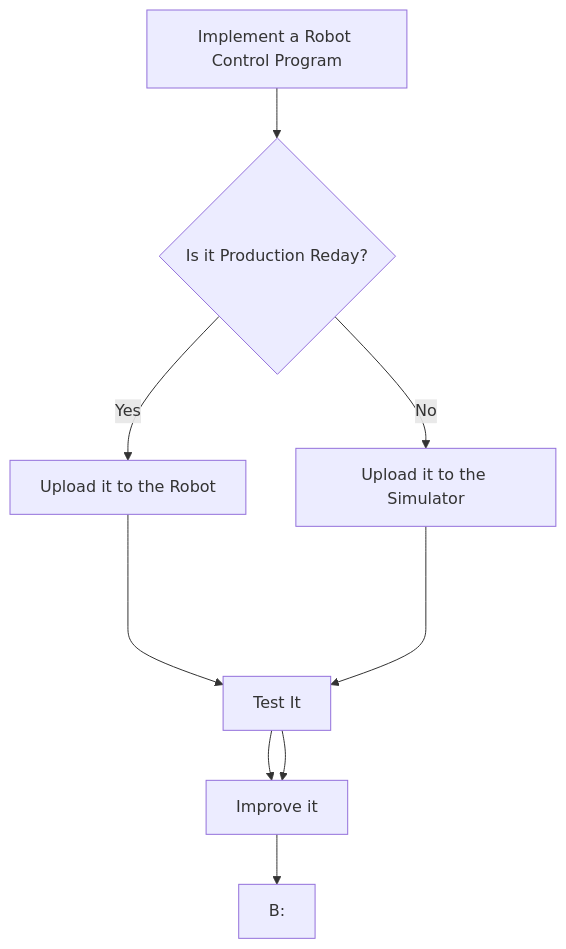
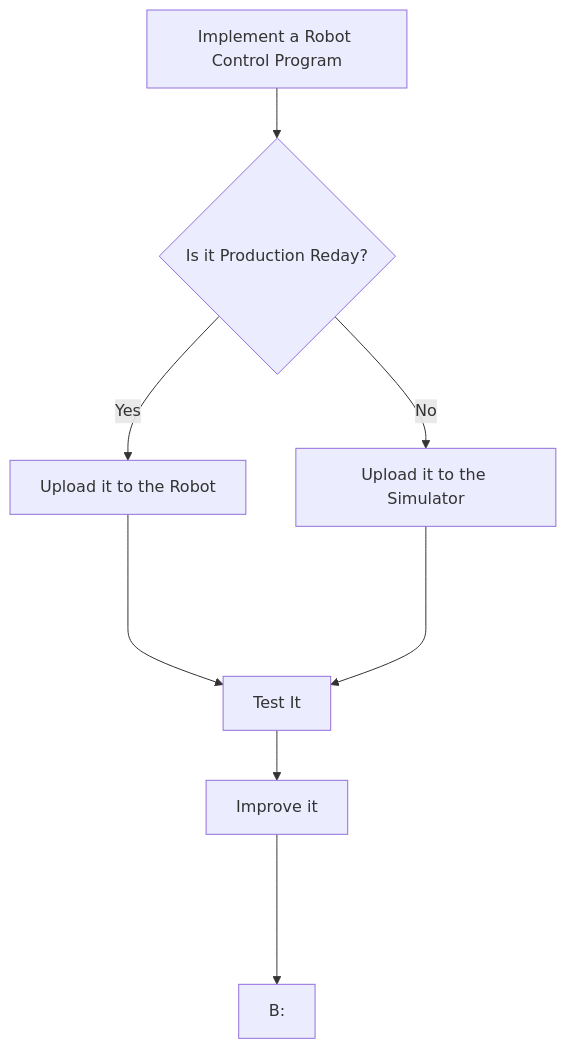
One commit to SAHOWI/learning-robotics changed the diagram in README.md. Above: the diagram before and after it, drawn with Mermaid.

Commit message:
Loop (2nd try)

````diff
--- a/README.md
+++ b/README.md
@@ -7,9 +7,9 @@
 ```mermaid
   flowchart TD;
   A[Implement a Robot Control Program] --> B{Is it Production Reday?};
   B -- Yes --> C[Upload it to the Robot];
   B -- No --> D[Upload it to the Simulator]
-  C ----> E[Test It] --> F;
+  C ----> E[Test It];
   D ----> E[Test It] --> F;
-  F[Improve it] --> B:
+  F[Improve it] ----> B:
 ```
````
